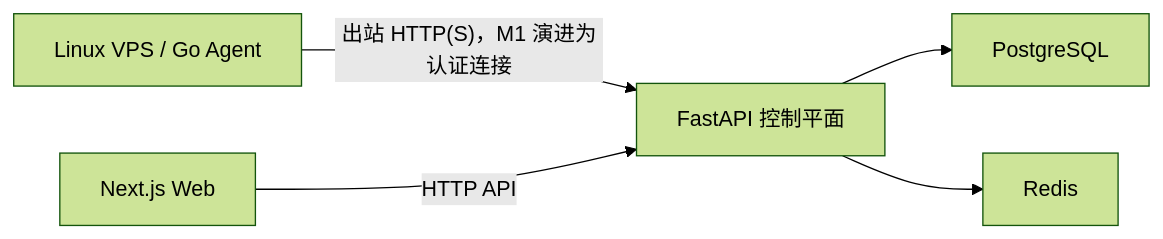
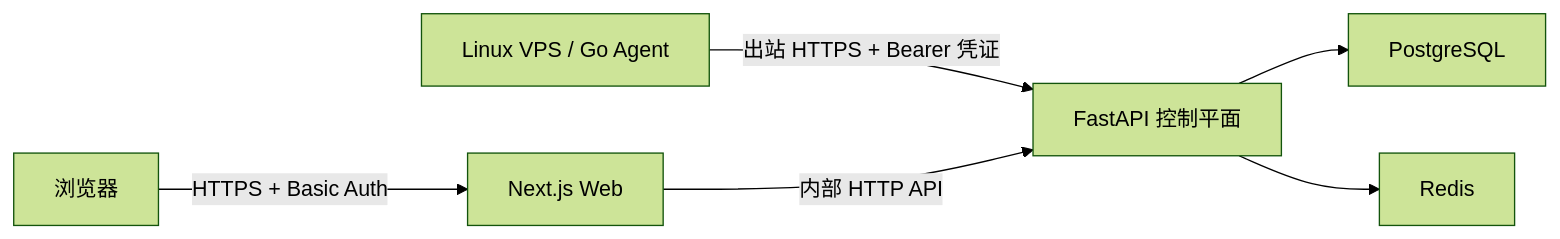
The diagram in docs/ARCHITECTURE.md (ymasout/VPS-Agent), drawn with Mermaid (forest theme) before and after one commit. The commit also changed other lines of this file and 4 other files, not shown here.

````diff
--- a/docs/ARCHITECTURE.md
+++ b/docs/ARCHITECTURE.md
@@ -61,7 +61,8 @@
 ```mermaid
 flowchart LR
-  A["Linux VPS / Go Agent"] -->|"出站 HTTP(S)，M1 演进为认证连接"| B["FastAPI 控制平面"]
+  A["Linux VPS / Go Agent"] -->|"出站 HTTPS + Bearer 凭证"| B["FastAPI 控制平面"]
   B --> C["PostgreSQL"]
   B --> D["Redis"]
-  E["Next.js Web"] -->|"HTTP API"| B
+  E["Next.js Web"] -->|"内部 HTTP API"| B
+  F["浏览器"] -->|"HTTPS + Basic Auth"| E
 ```
````
